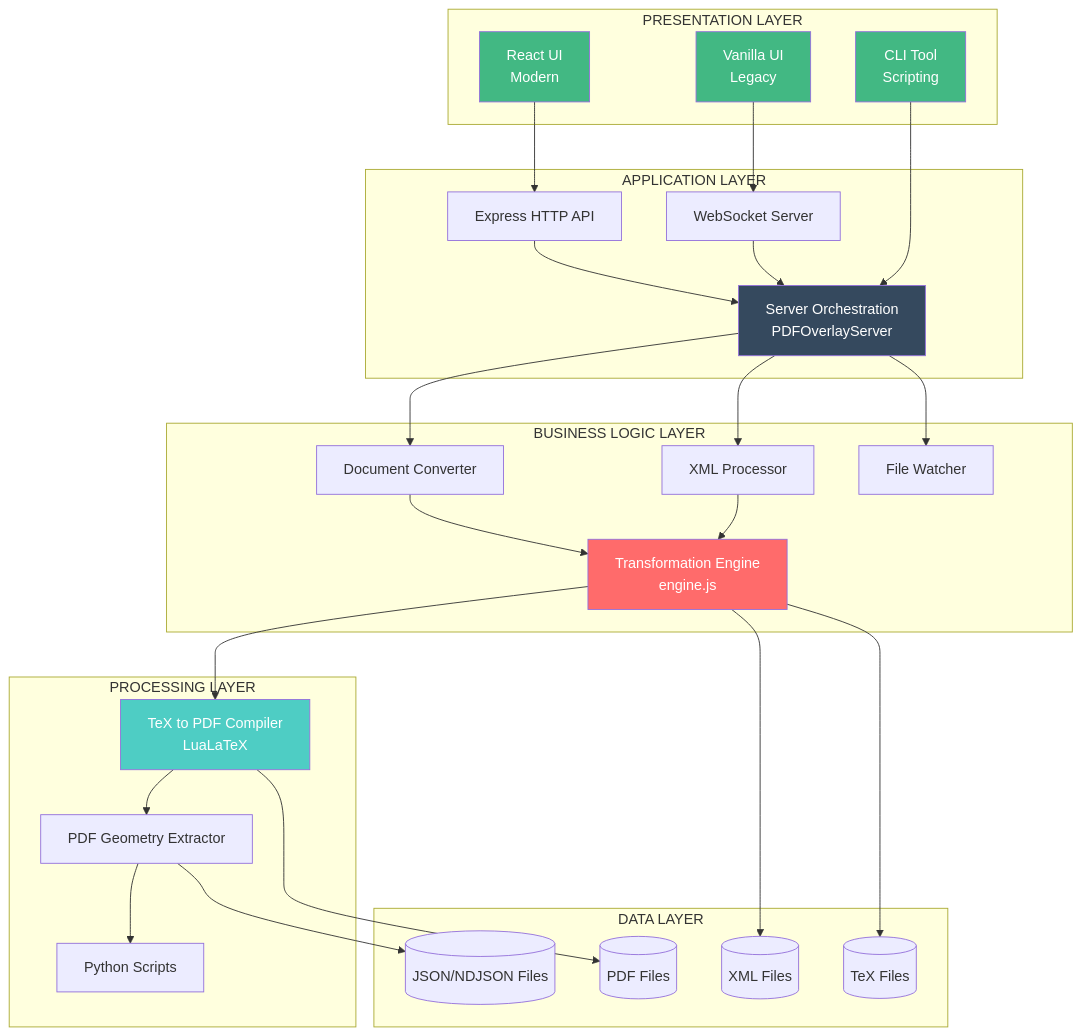
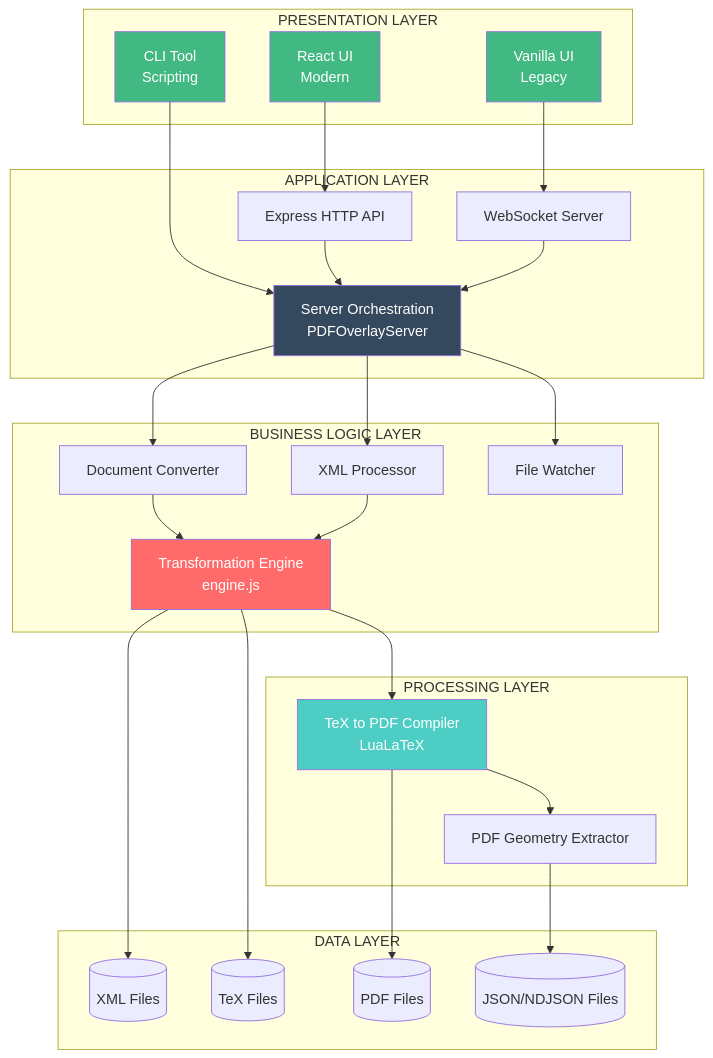
The first of 12 diagrams in dev-docs/ARCHITECTURE.md (AmChella/prototype-pdf-object-overlay), drawn with Mermaid before and after one commit. The commit also changed other lines of this file and 9 other files, not shown here.

````diff
--- a/dev-docs/ARCHITECTURE.md
+++ b/dev-docs/ARCHITECTURE.md
@@ -69,64 +69,62 @@
 ```mermaid
 graph TB
     subgraph "PRESENTATION LAYER"
         ReactUI[React UI<br/>Modern]
         VanillaUI[Vanilla UI<br/>Legacy]
         CLI[CLI Tool<br/>Scripting]
     end
     
     subgraph "APPLICATION LAYER"
         Express[Express HTTP API]
         WebSocket[WebSocket Server]
         Orchestration[Server Orchestration<br/>PDFOverlayServer]
     end
     
     subgraph "BUSINESS LOGIC LAYER"
         DocConverter[Document Converter]
         XMLProc[XML Processor]
         FileWatch[File Watcher]
         Engine[Transformation Engine<br/>engine.js]
     end
     
     subgraph "PROCESSING LAYER"
         TexToPDF[TeX to PDF Compiler<br/>LuaLaTeX]
         PDFGeom[PDF Geometry Extractor]
-        PyScripts[Python Scripts]
     end
     
     subgraph "DATA LAYER"
         XMLFiles[(XML Files)]
         TexFiles[(TeX Files)]
         PDFFiles[(PDF Files)]
         JSONFiles[(JSON/NDJSON Files)]
     end
     
     ReactUI --> Express
     VanillaUI --> WebSocket
     CLI --> Orchestration
     
     Express --> Orchestration
     WebSocket --> Orchestration
     
     Orchestration --> DocConverter
     Orchestration --> XMLProc
     Orchestration --> FileWatch
     
     DocConverter --> Engine
     XMLProc --> Engine
     
     Engine --> TexToPDF
     TexToPDF --> PDFGeom
-    PDFGeom --> PyScripts
     
     Engine --> XMLFiles
     Engine --> TexFiles
     TexToPDF --> PDFFiles
     PDFGeom --> JSONFiles
     
     style ReactUI fill:#42b883,color:#fff
     style VanillaUI fill:#42b883,color:#fff
     style CLI fill:#42b883,color:#fff
     style Orchestration fill:#35495e,color:#fff
     style Engine fill:#ff6b6b,color:#fff
     style TexToPDF fill:#4ecdc4,color:#fff
 ```
````
